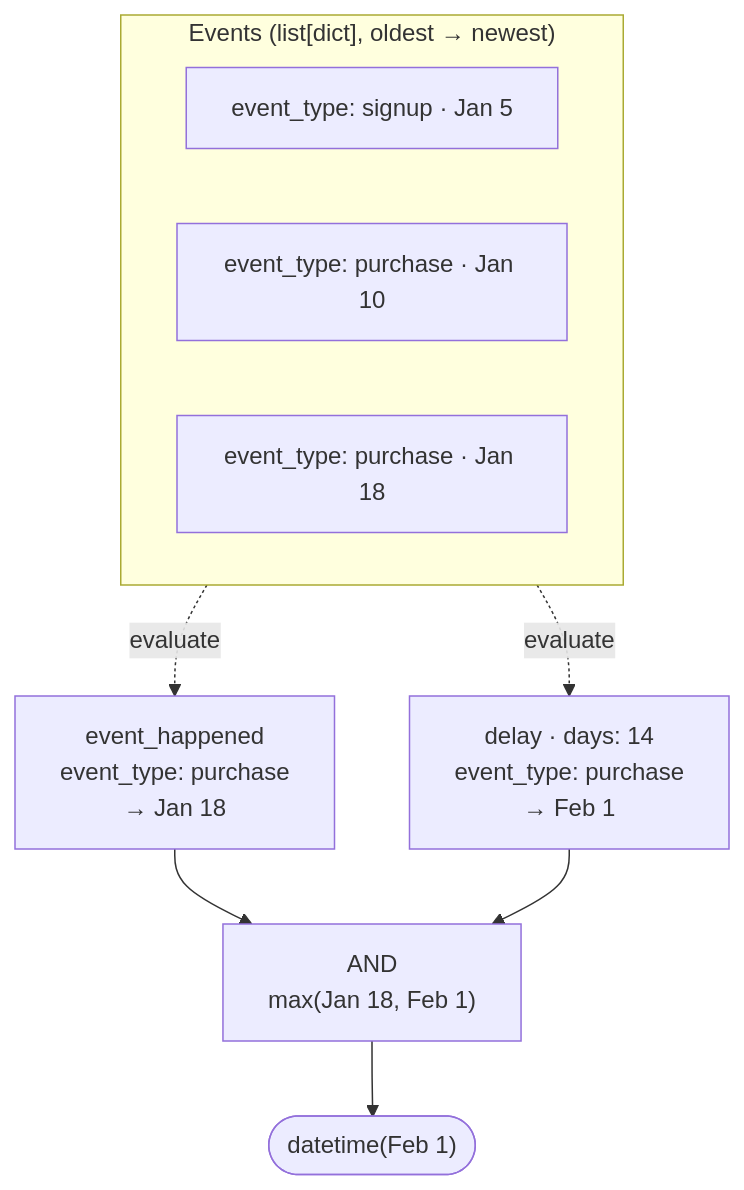
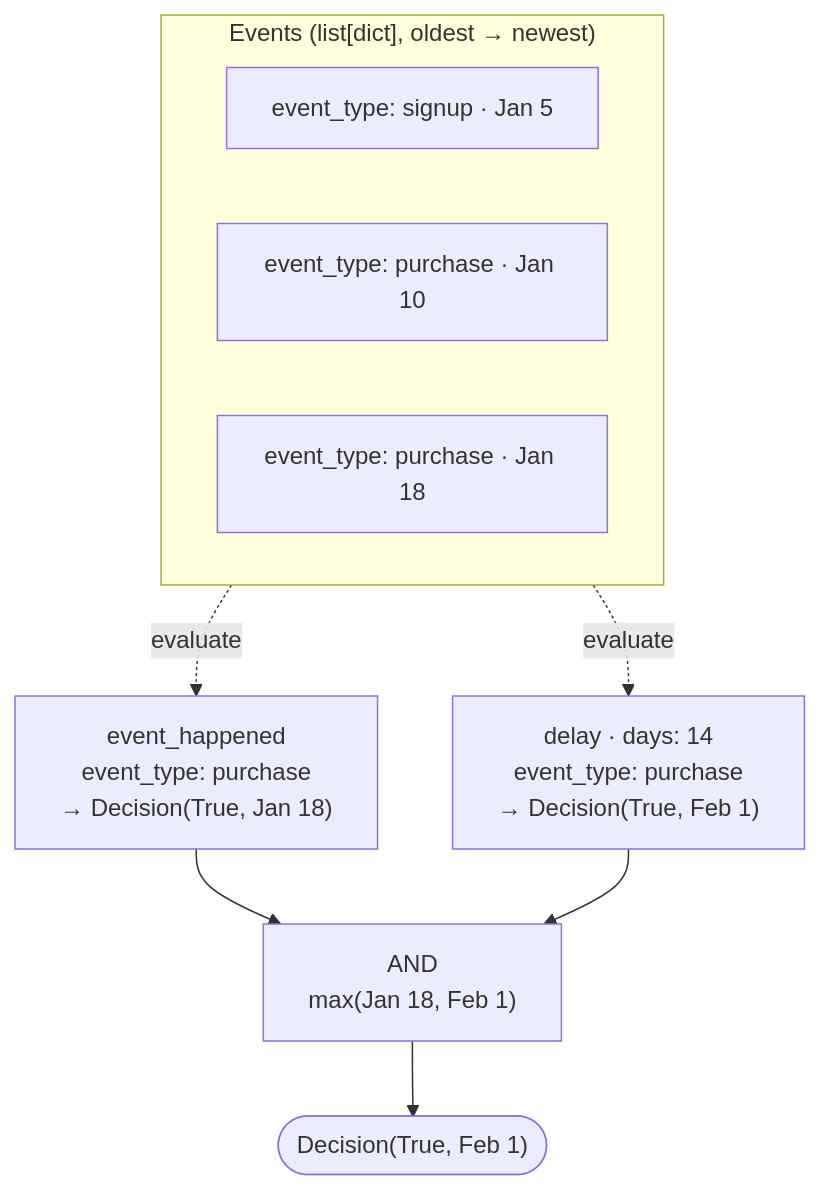
The diagram in README.md (LongenesisLtd/decision-maker), drawn with Mermaid before and after one commit. The commit also changed other lines of this file and 9 other files, not shown here.

````diff
--- a/README.md
+++ b/README.md
@@ -7,19 +7,19 @@
 ```mermaid
 flowchart TD
     subgraph events["Events  (list[dict], oldest → newest)"]
         E1["event_type: signup · Jan 5"]
         E2["event_type: purchase · Jan 10"]
         E3["event_type: purchase · Jan 18"]
     end
 
-    EH["event_happened<br/>event_type: purchase<br/>→ Jan 18"]
-    DL["delay · days: 14<br/>event_type: purchase<br/>→ Feb 1"]
+    EH["event_happened<br/>event_type: purchase<br/>→ Decision(True, Jan 18)"]
+    DL["delay · days: 14<br/>event_type: purchase<br/>→ Decision(True, Feb 1)"]
     AND["AND<br/>max(Jan 18, Feb 1)"]
-    R(["datetime(Feb 1)"])
+    R(["Decision(True, Feb 1)"])
 
     events -.->|evaluate| EH
     events -.->|evaluate| DL
     EH --> AND
     DL --> AND
     AND --> R
 ```
````
